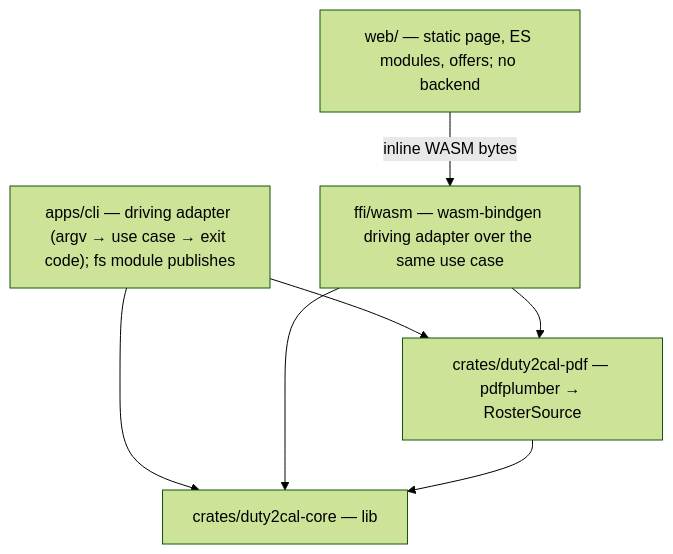
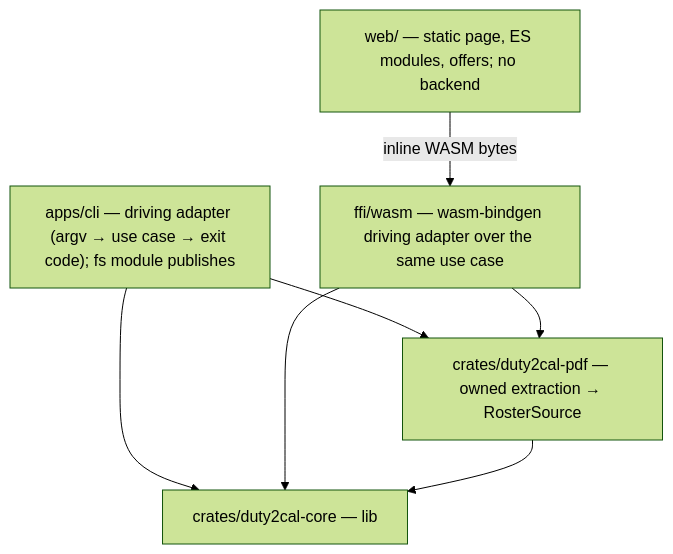
Before and after one commit to duty2cal/duty2cal: the first of 6 diagrams in docs/arc42/05-building-block-view.md, drawn with Mermaid (forest theme). The commit also changed other lines of this file and 24 other files, not shown here.

First line of the commit message:
chore(own-the-duty-plan-extraction): establish the strict runner skeleton

````diff
--- a/docs/arc42/05-building-block-view.md
+++ b/docs/arc42/05-building-block-view.md
@@ -5,14 +5,14 @@
 ```mermaid
 flowchart TB
   CLI["apps/cli — driving adapter (argv → use case → exit code); fs module publishes"]
   WASM["ffi/wasm — wasm-bindgen driving adapter over the same use case"]
   WEB["web/ — static page, ES modules, offers; no backend"]
-  PDF["crates/duty2cal-pdf — pdfplumber → RosterSource"]
+  PDF["crates/duty2cal-pdf — owned extraction → RosterSource"]
   CORE["crates/duty2cal-core — lib"]
   CLI --> CORE
   CLI --> PDF
   WASM --> CORE
   WASM --> PDF
   WEB -->|"inline WASM bytes"| WASM
   PDF --> CORE
 ```
````
